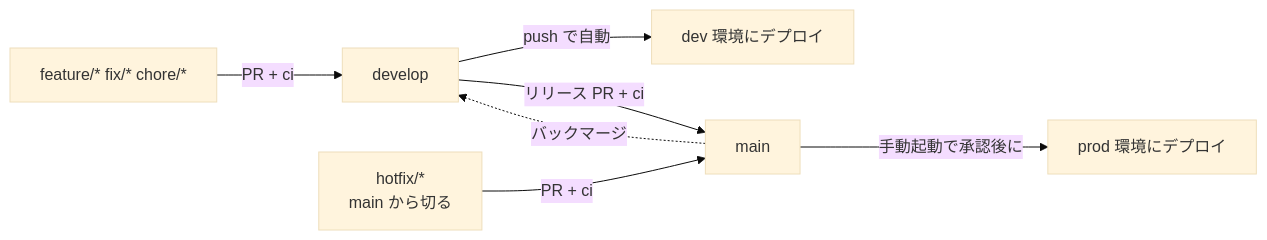
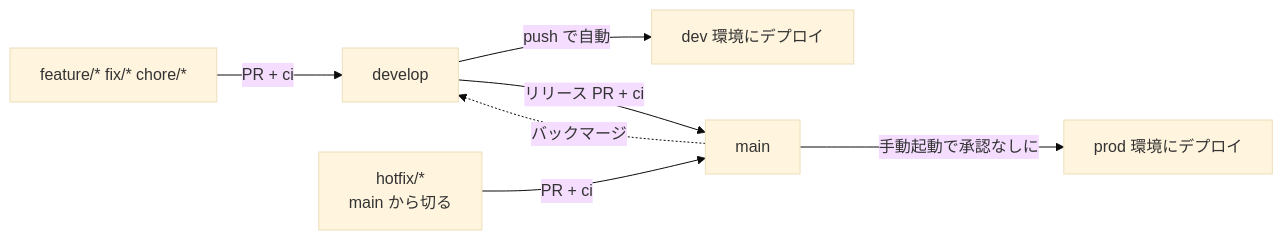
One commit to kotonara-tech/kototech-line-notification changed the diagram in docs/operations/01-operations.md. Above: the diagram before and after it, drawn with Mermaid (base theme). The commit also changed other lines of this file and 10 other files, not shown here.

````diff
--- a/docs/operations/01-operations.md
+++ b/docs/operations/01-operations.md
@@ -33,9 +33,9 @@
 ```mermaid
 flowchart LR
     F[feature/* fix/* chore/*] -->|PR + ci| D[develop]
     D -->|push で自動| Dev[dev 環境にデプロイ]
     D -->|リリース PR + ci| M[main]
-    M -->|手動起動で承認後に| Prod[prod 環境にデプロイ]
+    M -->|手動起動で承認なしに| Prod[prod 環境にデプロイ]
     H[hotfix/*<br/>main から切る] -->|PR + ci| M
     M -.->|バックマージ| D
 ```
````
